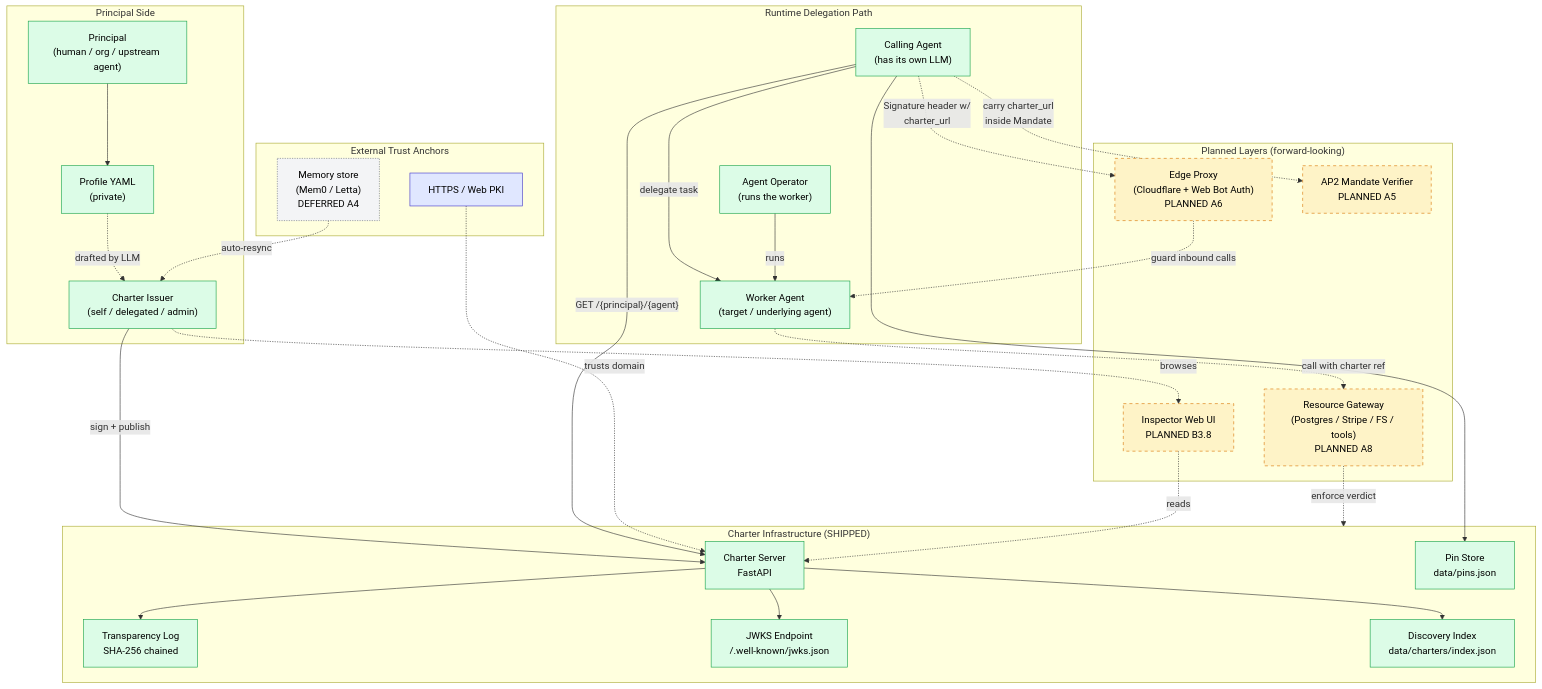
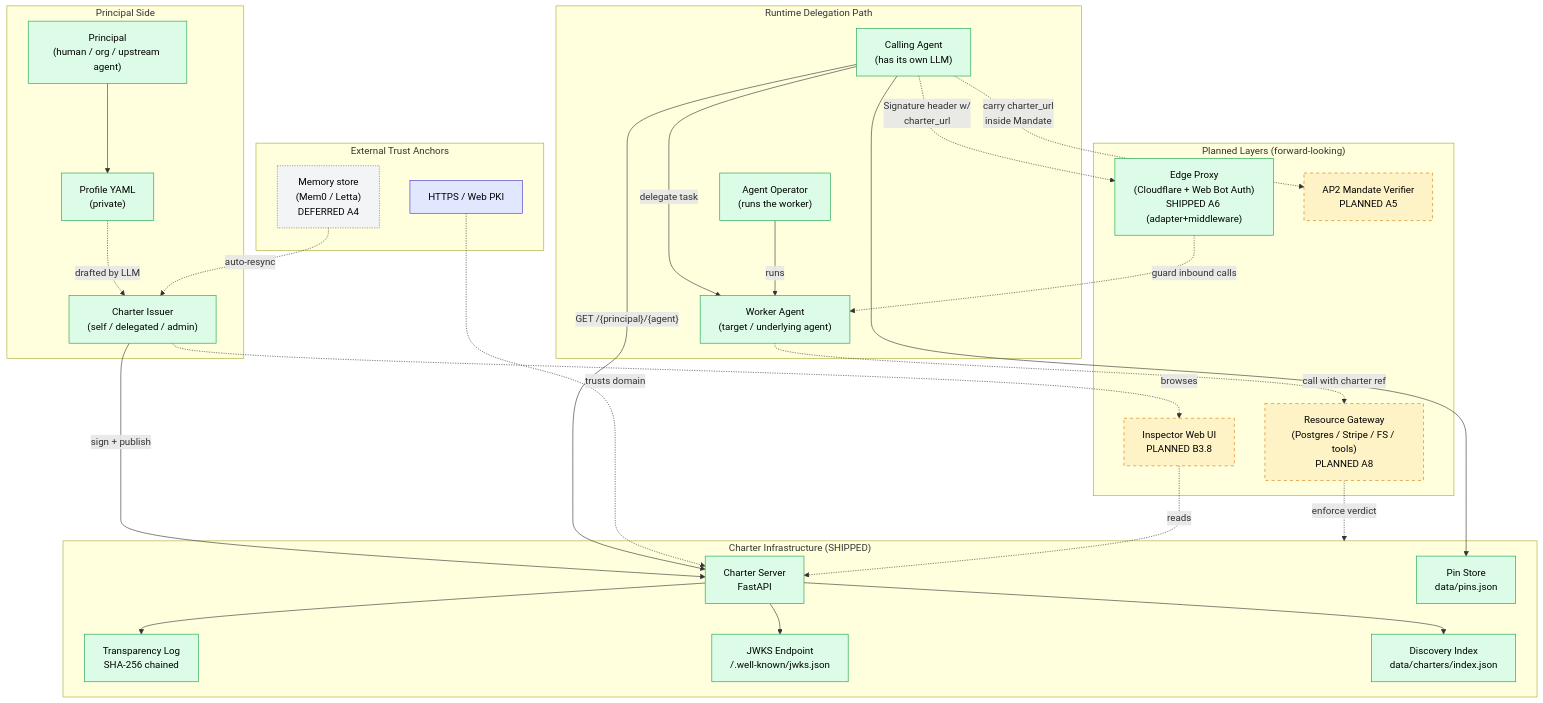
Before and after one commit to hnaymyh123-henry/charter: the first of 6 diagrams in docs/architecture.md, drawn with Mermaid. The commit also changed other lines of this file and 4 other files, not shown here.

First line of the commit message:
feat(adapters): Web Bot Auth signed-header adapter (RFC 9421) (#33)

````diff
--- a/docs/architecture.md
+++ b/docs/architecture.md
@@ -49,67 +49,67 @@
 ```mermaid
 flowchart TB
     subgraph PRINCIPAL_SIDE["Principal Side"]
         P["Principal<br/>(human / org / upstream agent)"]
         ISS["Charter Issuer<br/>(self / delegated / admin)"]
         PROF["Profile YAML<br/>(private)"]
     end
 
     subgraph CHARTER_INFRA["Charter Infrastructure (SHIPPED)"]
         SRV["Charter Server<br/>FastAPI"]
         TLOG["Transparency Log<br/>SHA-256 chained"]
         JWKS["JWKS Endpoint<br/>/.well-known/jwks.json"]
         PINS["Pin Store<br/>data/pins.json"]
         DISC["Discovery Index<br/>data/charters/index.json"]
     end
 
     subgraph DELEGATION["Runtime Delegation Path"]
         CA["Calling Agent<br/>(has its own LLM)"]
         WA["Worker Agent<br/>(target / underlying agent)"]
         AO["Agent Operator<br/>(runs the worker)"]
     end
 
     subgraph PLANNED_LAYERS["Planned Layers (forward-looking)"]
-        EDGE["Edge Proxy<br/>(Cloudflare + Web Bot Auth)<br/>PLANNED A6"]
+        EDGE["Edge Proxy<br/>(Cloudflare + Web Bot Auth)<br/>SHIPPED A6 (adapter+middleware)"]
         RG["Resource Gateway<br/>(Postgres / Stripe / FS / tools)<br/>PLANNED A8"]
         INSP["Inspector Web UI<br/>PLANNED B3.8"]
         AP2["AP2 Mandate Verifier<br/>PLANNED A5"]
     end
 
     subgraph EXTERNAL["External Trust Anchors"]
         HTTPS["HTTPS / Web PKI"]
         MEMORY["Memory store<br/>(Mem0 / Letta)<br/>DEFERRED A4"]
     end
 
     P --> PROF
     PROF -. drafted by LLM .-> ISS
     ISS -- sign + publish --> SRV
     SRV --> TLOG
     SRV --> JWKS
     SRV --> DISC
 
     CA -- "GET /{principal}/{agent}" --> SRV
     CA --> PINS
     CA -- delegate task --> WA
     AO -- runs --> WA
 
     HTTPS -. trusts domain .-> SRV
 
     CA -. "Signature header w/<br/>charter_url" .-> EDGE
     EDGE -. "guard inbound calls" .-> WA
     WA -. "call with charter ref" .-> RG
     RG -. "enforce verdict" .-> CHARTER_INFRA
     ISS -. browses .-> INSP
     INSP -. reads .-> SRV
     CA -. "carry charter_url<br/>inside Mandate" .-> AP2
     MEMORY -. auto-resync .-> ISS
 
     classDef shipped fill:#dcfce7,stroke:#16a34a,color:#000
     classDef planned fill:#fef3c7,stroke:#d97706,color:#000,stroke-dasharray: 5 5
     classDef deferred fill:#f3f4f6,stroke:#6b7280,color:#000,stroke-dasharray: 2 2
     classDef external fill:#e0e7ff,stroke:#4338ca,color:#000
 
-    class P,ISS,PROF,SRV,TLOG,JWKS,PINS,DISC,CA,WA,AO shipped
-    class EDGE,RG,INSP,AP2 planned
+    class P,ISS,PROF,SRV,TLOG,JWKS,PINS,DISC,CA,WA,AO,EDGE shipped
+    class RG,INSP,AP2 planned
     class MEMORY deferred
     class HTTPS external
 ```
````
